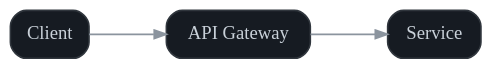
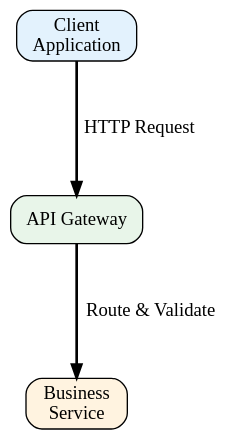
The diagram in software-guides/img/visual-overview.dot (KorayErkan/tw-portfolio), drawn with Graphviz before and after one commit. The commit also changed 16 other files, not shown here.

Commit message:
Updated the Graphviz graphics files

```diff
--- a/software-guides/img/visual-overview.dot
+++ b/software-guides/img/visual-overview.dot
@@ -1,11 +1,12 @@
 digraph G {
-  graph [rankdir=LR, splines=true, bgcolor="transparent", nodesep=0.8, ranksep=0.8];
-  node  [shape=rounded, style="filled,rounded", fillcolor="#161b22", color="#30363d", fontcolor="#c9d1d9", penwidth=1.2];
-  edge  [color="#8b949e", arrowsize=0.9, penwidth=1.3];
+  graph [rankdir=TD, splines=false, bgcolor="transparent", nodesep=1.2, ranksep=1.2];
+  node [shape=box, style="rounded,filled", fontname="Calibri", fontsize=14];
+  edge [arrowsize=1.0, penwidth=2, fontname="Calibri", fontsize=14];
 
-  client [label="Client"];
-  apigw  [label="API Gateway"];
-  svc    [label="Service"];
+  client [label="Client\nApplication", fillcolor="#e3f2fd"];
+  apigw [label="API Gateway", fillcolor="#e8f5e9"];
+  service [label="Business\nService", fillcolor="#fff3e0"];
 
-  client -> apigw -> svc;
+  client -> apigw [label="HTTP Request"];
+  apigw -> service [label="Route & Validate"];
 }
```
